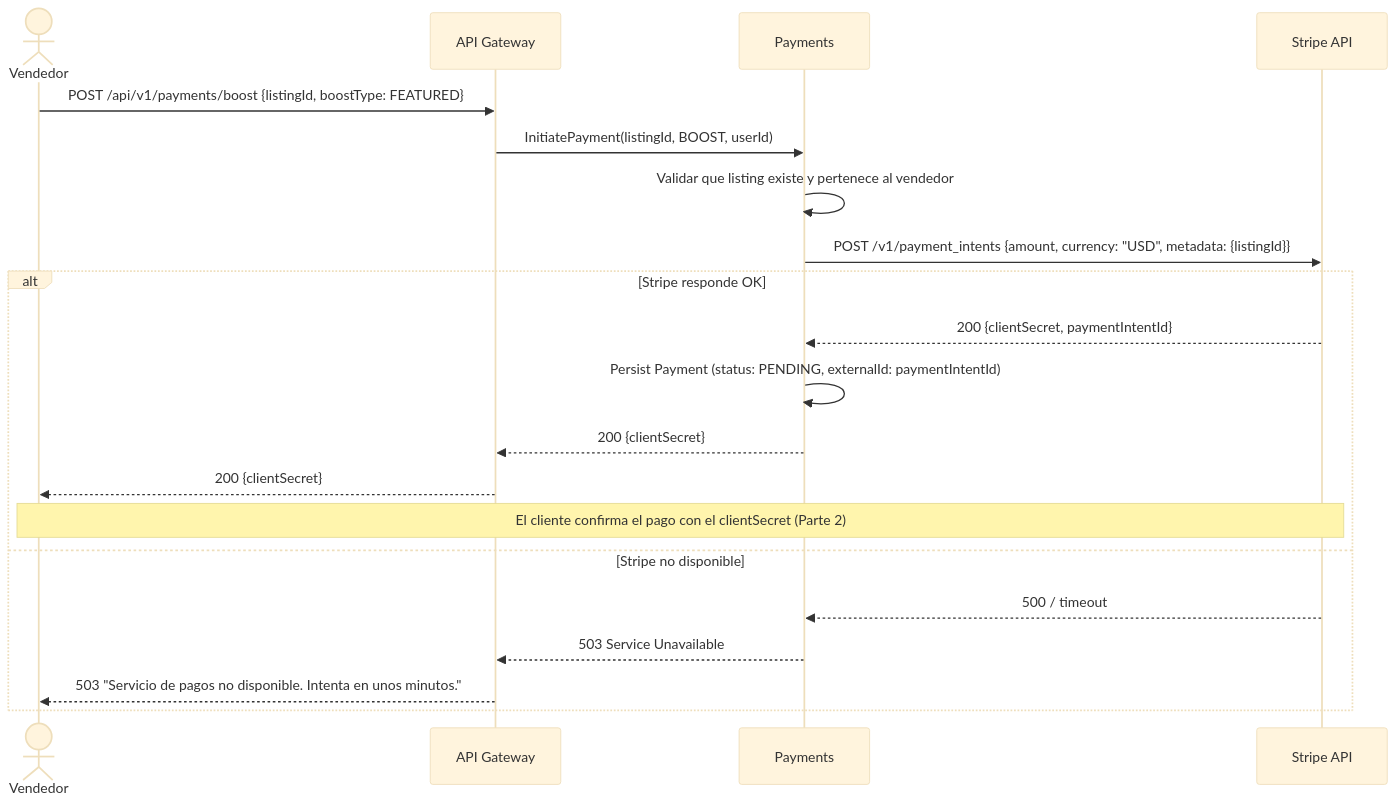
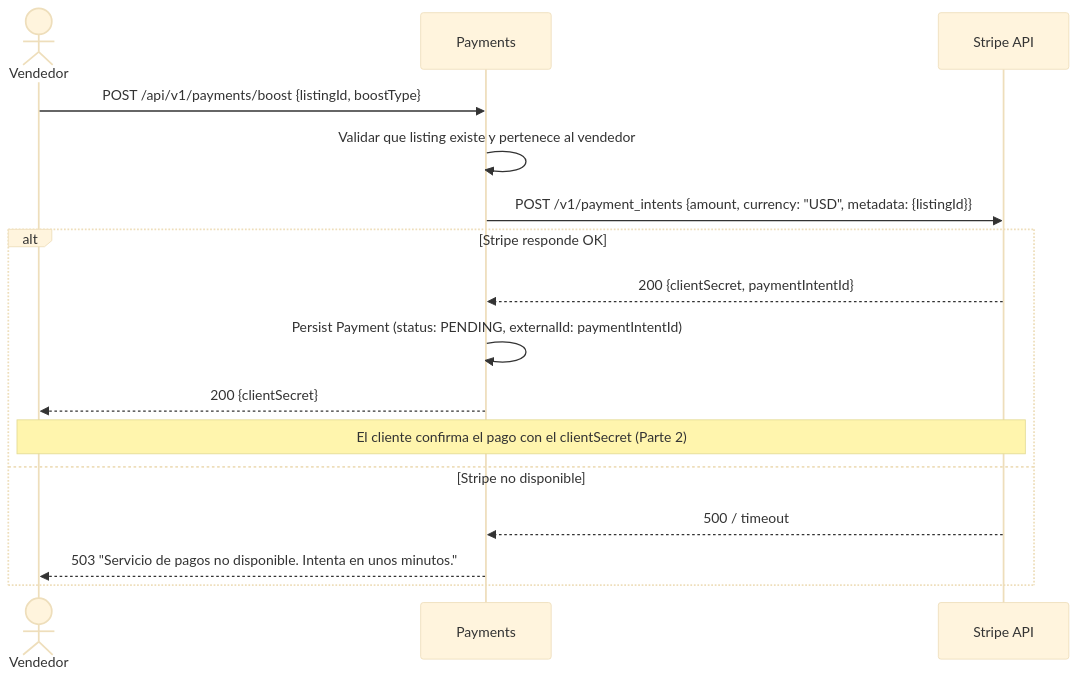
One commit to DouglasPrez/ProyectoArquitecturaSoftware changed the first of 3 diagrams in Section 3 - Architecture Diagrams/Diagrams/03-data-flow.md. Above: the diagram before and after it, drawn with Mermaid (base theme). The commit also changed other lines of this file and 2 other files, not shown here.

Commit message:
Se modifican los archivos de los diagramas 1, 3 y 4 para poder alinear la explicación con las mejoras que se hicieron en los diagramas.

````diff
--- a/Section 3 - Architecture Diagrams/Diagrams/03-data-flow.md
+++ b/Section 3 - Architecture Diagrams/Diagrams/03-data-flow.md
@@ -11,24 +11,20 @@
 ```mermaid
 sequenceDiagram
     actor V as Vendedor
-    participant GW as API Gateway
     participant PAY as Payments
     participant Stripe as Stripe API
 
-    V->>GW: POST /api/v1/payments/boost {listingId, boostType: FEATURED}
-    GW->>PAY: InitiatePayment(listingId, BOOST, userId)
+    V->>PAY: POST /api/v1/payments/boost {listingId, boostType}
     PAY->>PAY: Validar que listing existe y pertenece al vendedor
     PAY->>Stripe: POST /v1/payment_intents {amount, currency: "USD", metadata: {listingId}}
     
     alt Stripe responde OK
         Stripe-->>PAY: 200 {clientSecret, paymentIntentId}
         PAY->>PAY: Persist Payment (status: PENDING, externalId: paymentIntentId)
-        PAY-->>GW: 200 {clientSecret}
-        GW-->>V: 200 {clientSecret}
+        PAY-->>V: 200 {clientSecret}
         Note over V,Stripe: El cliente confirma el pago con el clientSecret (Parte 2)
     else Stripe no disponible
         Stripe-->>PAY: 500 / timeout
-        PAY-->>GW: 503 Service Unavailable
-        GW-->>V: 503 "Servicio de pagos no disponible. Intenta en unos minutos."
+        PAY-->>V: 503 "Servicio de pagos no disponible. Intenta en unos minutos."
     end
 ```
````
